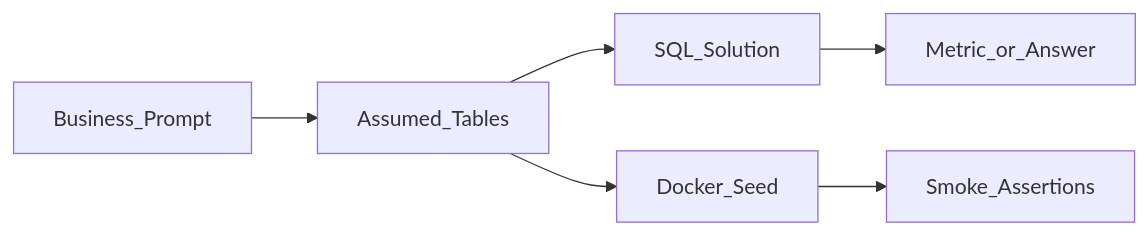
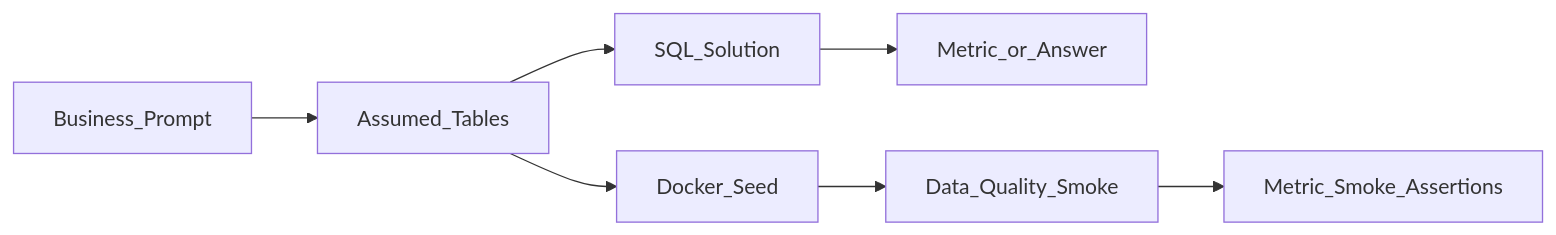
One commit to kchebs/example_SQL changed the diagram in README.md. Above: the diagram before and after it, drawn with Mermaid. The commit also changed other lines of this file and 7 other files, not shown here.

````diff
--- a/README.md
+++ b/README.md
@@ -32,8 +34,9 @@
 ```mermaid
 flowchart LR
   Prompt[Business_Prompt] --> Schema[Assumed_Tables]
   Schema --> Query[SQL_Solution]
   Query --> Insight[Metric_or_Answer]
   Schema --> Seed[Docker_Seed]
-  Seed --> Smoke[Smoke_Assertions]
+  Seed --> DQ[Data_Quality_Smoke]
+  DQ --> Smoke[Metric_Smoke_Assertions]
 ```
````
